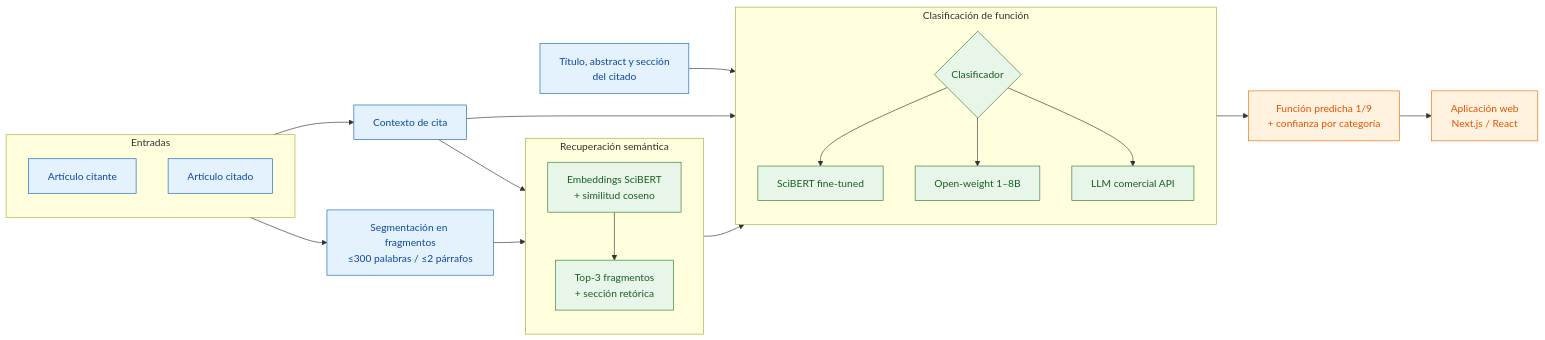
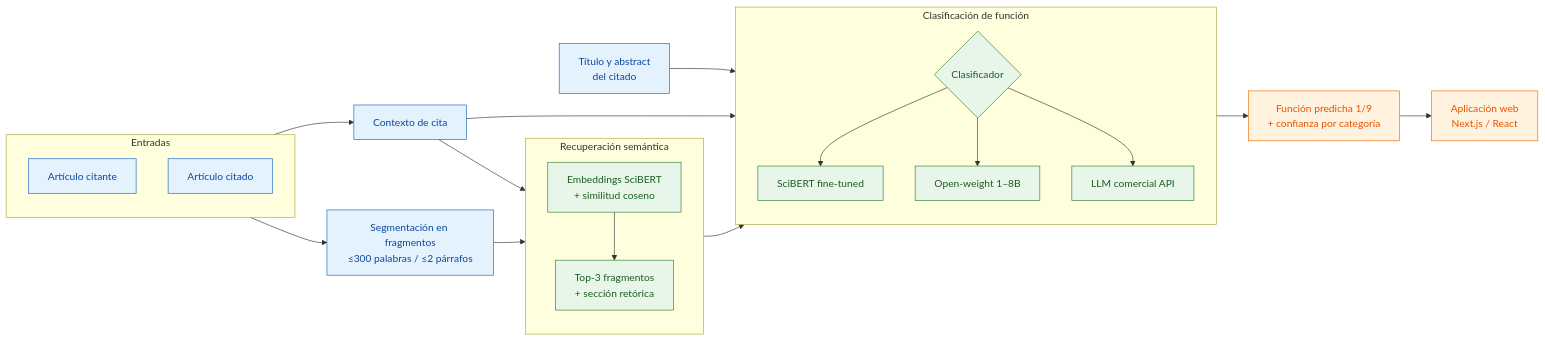
Before and after one commit to germarodr/Proyecto_Grado_MAIA: the diagram in PropuestaProyectoGrado.md, drawn with Mermaid. The commit also changed other lines of this file, not shown here.

````diff
--- a/PropuestaProyectoGrado.md
+++ b/PropuestaProyectoGrado.md
@@ -108,44 +108,44 @@
 ```mermaid
 flowchart LR
     subgraph IN[Entradas]
         direction TB
         CITANTE[Artículo citante]
         CITADO[Artículo citado]
     end
     CITANTE --> CTX[Contexto de cita]
     CITADO --> SEG[Segmentación en fragmentos<br/>≤300 palabras / ≤2 párrafos]
 
     subgraph RETR[Recuperación semántica]
         direction TB
         EMB[Embeddings SciBERT<br/>+ similitud coseno]
         TOP3[Top-3 fragmentos<br/>+ sección retórica]
         EMB --> TOP3
     end
     CTX --> EMB
     SEG --> EMB
 
-    META[Título, abstract y sección<br/>del citado] --> CLF
+    META[Título y abstract<br/>del citado] --> CLF
 
     subgraph CLASIF[Clasificación de función]
         direction TB
         CLF{Clasificador}
         SCIBERT[SciBERT fine-tuned]
         OPEN[Open-weight 1–8B]
         LLM[LLM comercial API]
         CLF --> SCIBERT
         CLF --> OPEN
         CLF --> LLM
     end
     CTX --> CLF
     TOP3 --> CLF
 
     CLASIF --> OUT[Función predicha 1/9<br/>+ confianza por categoría]
     OUT --> DEMO[Aplicación web<br/>Next.js / React]
 
     classDef src fill:#e3f2fd,stroke:#1565c0,color:#0d47a1;
     classDef proc fill:#e8f5e9,stroke:#2e7d32,color:#1b5e20;
     classDef out fill:#fff3e0,stroke:#ef6c00,color:#e65100;
     class CITANTE,CITADO,CTX,SEG,META src;
     class EMB,TOP3,CLF,SCIBERT,OPEN,LLM proc;
     class OUT,DEMO out;
 ```
````
